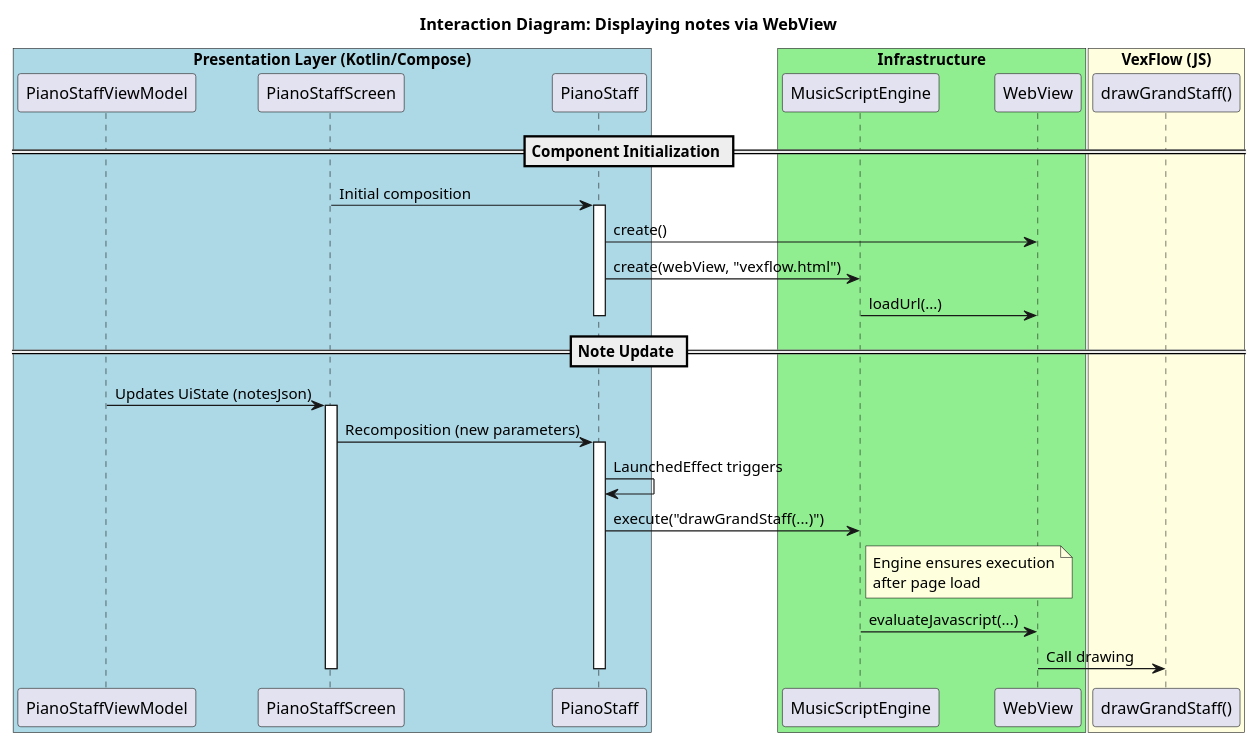
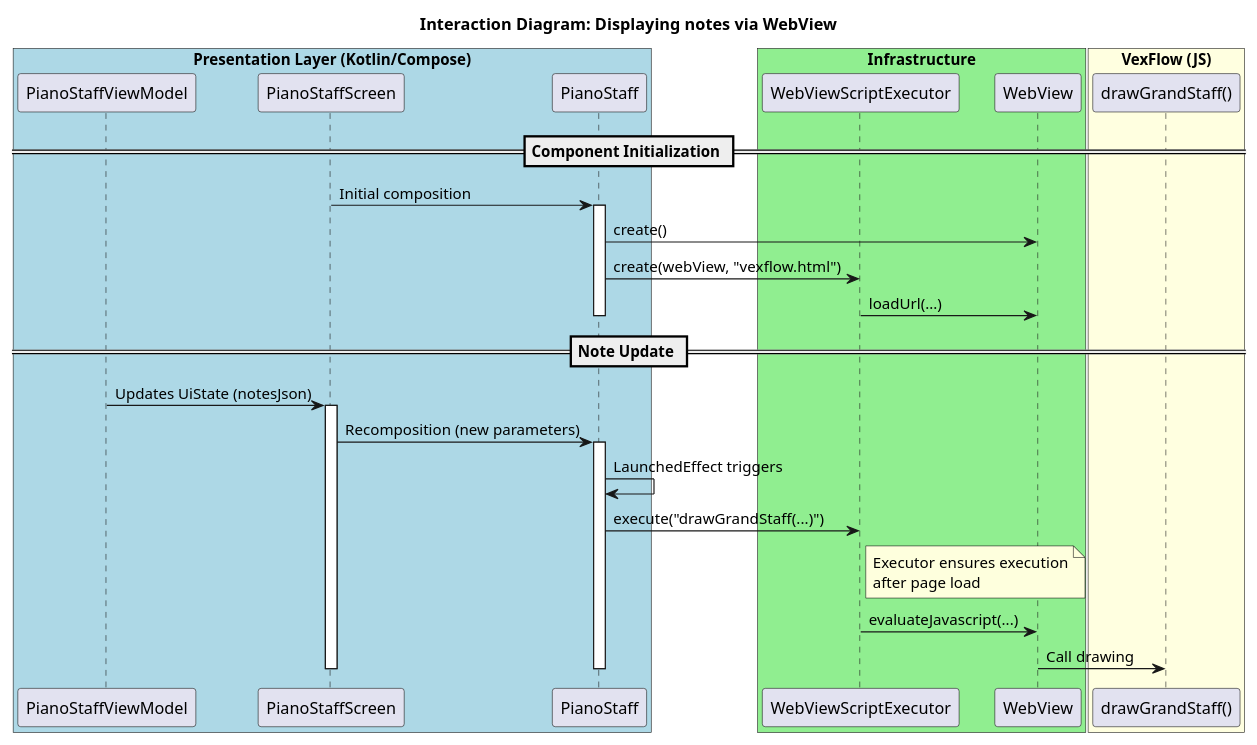
One commit to astrizhachuk/PianoFlow changed the tenth of 10 diagrams in docs/en/specs/MIDI_MESSAGE_PROCESSING.md. Above: the diagram before and after it, drawn with PlantUML. The commit also changed other lines of this file and 30 other files, not shown here.

````diff
--- a/docs/en/specs/MIDI_MESSAGE_PROCESSING.md
+++ b/docs/en/specs/MIDI_MESSAGE_PROCESSING.md
@@ -490,51 +525,51 @@
 ```plantuml
 @startuml
 title Interaction Diagram: Displaying notes via WebView
 
 box "Presentation Layer (Kotlin/Compose)" #LightBlue
     participant "PianoStaffViewModel" as VM
     participant "PianoStaffScreen" as Screen
     participant "PianoStaff" as StaffComposable
 end box
 
 box "Infrastructure" #LightGreen
-    participant "MusicScriptEngine" as Engine
+    participant "WebViewScriptExecutor" as Executor
     participant "WebView" as WebView
 end box
 
 box "VexFlow (JS)" #LightYellow
     participant "drawGrandStaff()" as DrawJsFunc
 end box
 
 == Component Initialization ==
 
 Screen -> StaffComposable : Initial composition
 activate StaffComposable
 
 StaffComposable -> WebView : create()
-StaffComposable -> Engine : create(webView, "vexflow.html")
-Engine -> WebView : loadUrl(...)
+StaffComposable -> Executor : create(webView, "vexflow.html")
+Executor -> WebView : loadUrl(...)
 
 deactivate StaffComposable
 
 == Note Update ==
 
 VM -> Screen : Updates UiState (notesJson)
 activate Screen
 
 Screen -> StaffComposable : Recomposition (new parameters)
 activate StaffComposable
 
 StaffComposable -> StaffComposable : LaunchedEffect triggers
-StaffComposable -> Engine : execute("drawGrandStaff(...)")
+StaffComposable -> Executor : execute("drawGrandStaff(...)")
 
-note right of Engine: Engine ensures execution\nafter page load
+note right of Executor: Executor ensures execution\nafter page load
 
-Engine -> WebView : evaluateJavascript(...)
+Executor -> WebView : evaluateJavascript(...)
 WebView -> DrawJsFunc : Call drawing
 
 deactivate StaffComposable
 deactivate Screen
 
 @enduml
 ```
````
